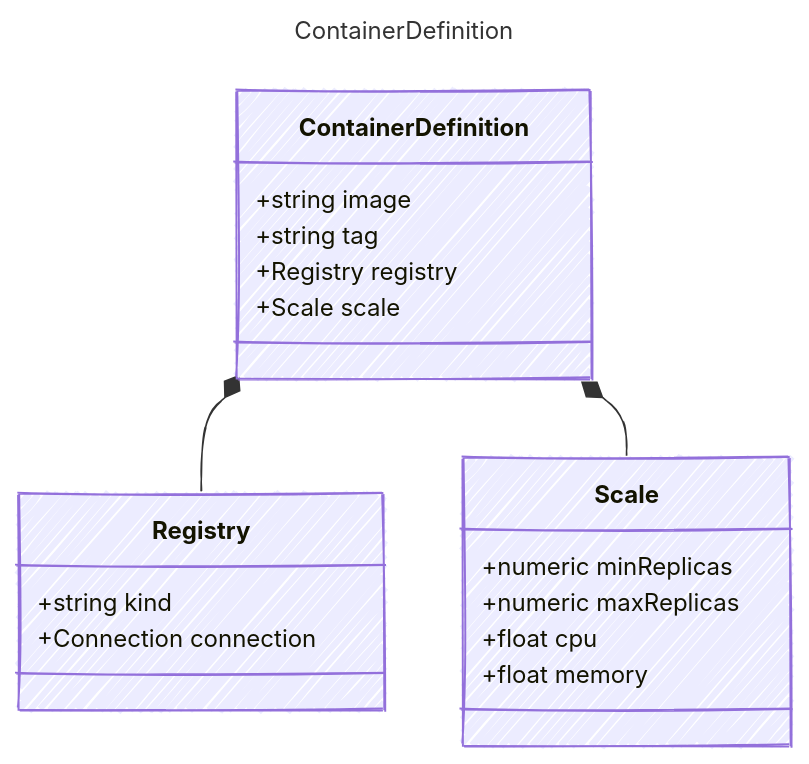
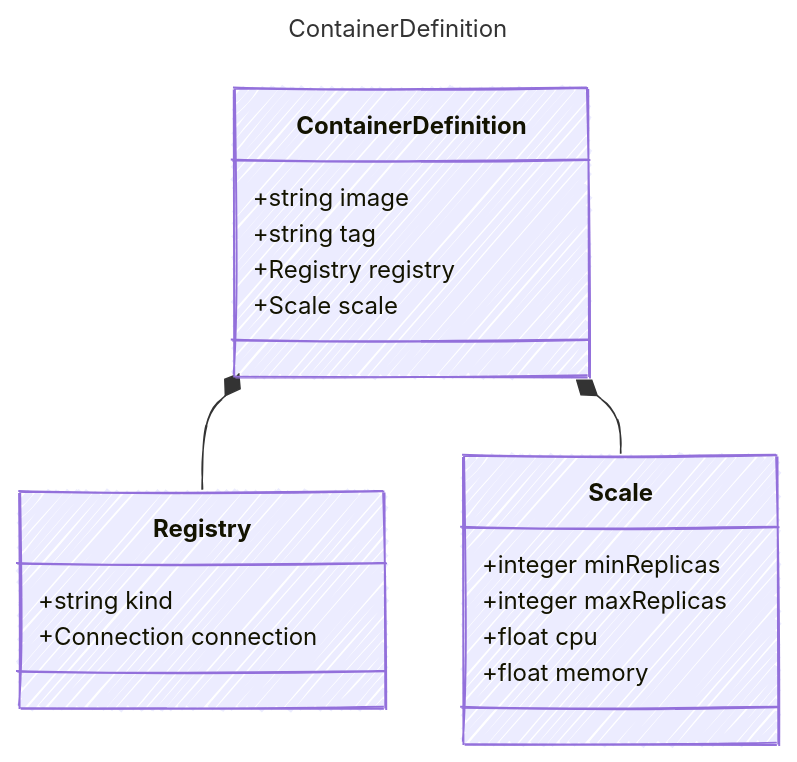
One commit to microsoft/prompty changed the diagram in specification/prompty/docs/ContainerDefinition.md. Above: the diagram before and after it, drawn with Mermaid. The commit also changed 5 other files, not shown here.

````diff
--- a/specification/prompty/docs/ContainerDefinition.md
+++ b/specification/prompty/docs/ContainerDefinition.md
@@ -5,29 +5,29 @@
 ```mermaid
 ---
 title: ContainerDefinition
 config:
   look: handDrawn
   theme: colorful
   class:
     hideEmptyMembersBox: true
 ---
 classDiagram
     class ContainerDefinition {
         +string image
         +string tag
         +Registry registry
         +Scale scale
     }
     class Registry {
         +string kind
         +Connection connection
     }
     ContainerDefinition *-- Registry
     class Scale {
-        +numeric minReplicas
-        +numeric maxReplicas
+        +integer minReplicas
+        +integer maxReplicas
         +float cpu
         +float memory
     }
     ContainerDefinition *-- Scale
 ```
````
